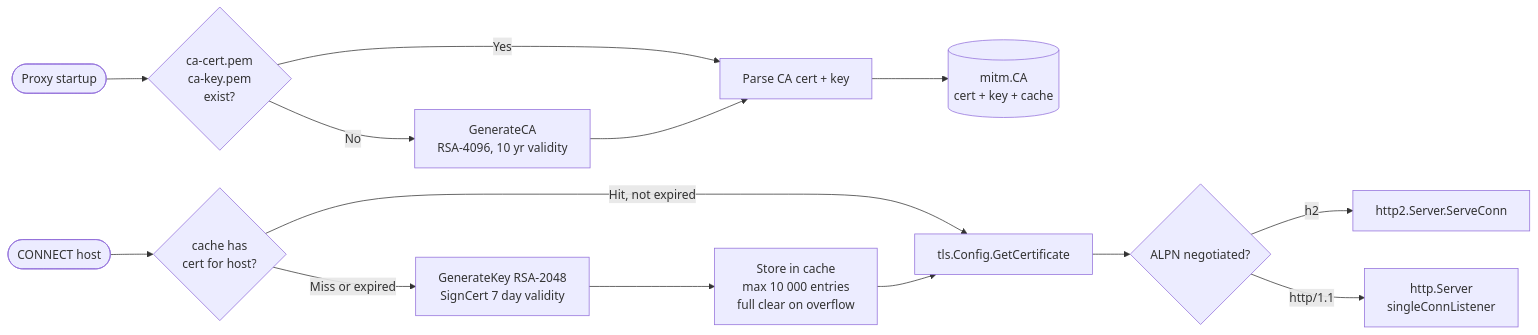
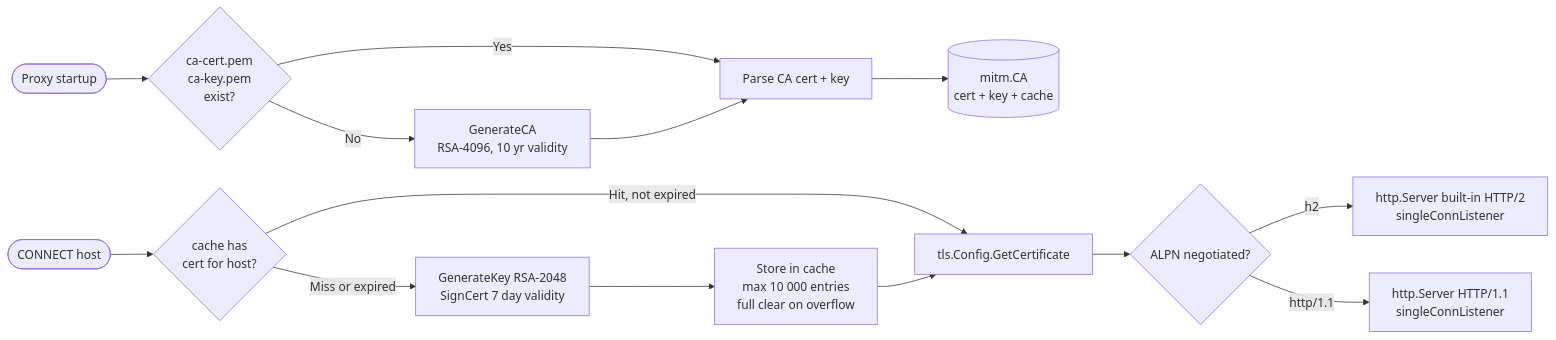
The eighth of 9 diagrams in docs/architecture.md (laplaque/ai-anonymizing-proxy), drawn with Mermaid before and after one commit. The commit also changed 8 other files, not shown here.

````diff
--- a/docs/architecture.md
+++ b/docs/architecture.md
@@ -293,17 +293,17 @@
 ```mermaid
 flowchart LR
     START([Proxy startup]) --> LOAD{ca-cert.pem\nca-key.pem\nexist?}
     LOAD -->|Yes| PARSE[Parse CA cert + key]
     LOAD -->|No| GEN[GenerateCA\nRSA-4096, 10 yr validity]
     GEN --> PARSE
     PARSE --> CA[(mitm.CA\ncert + key + cache)]
 
     REQ([CONNECT host]) --> CCHECK{cache has\ncert for host?}
     CCHECK -->|Hit, not expired| TLSCFG
     CCHECK -->|Miss or expired| SIGN[GenerateKey RSA-2048\nSignCert 7 day validity]
     SIGN --> STORE[Store in cache\nmax 10 000 entries\nfull clear on overflow]
     STORE --> TLSCFG[tls.Config.GetCertificate]
     TLSCFG --> ALPN{ALPN negotiated?}
-    ALPN -->|h2| H2[http2.Server.ServeConn]
-    ALPN -->|http/1.1| H1[http.Server\nsingleConnListener]
+    ALPN -->|h2| H2[http.Server built-in HTTP/2\nsingleConnListener]
+    ALPN -->|http/1.1| H1[http.Server HTTP/1.1\nsingleConnListener]
 ```
````
